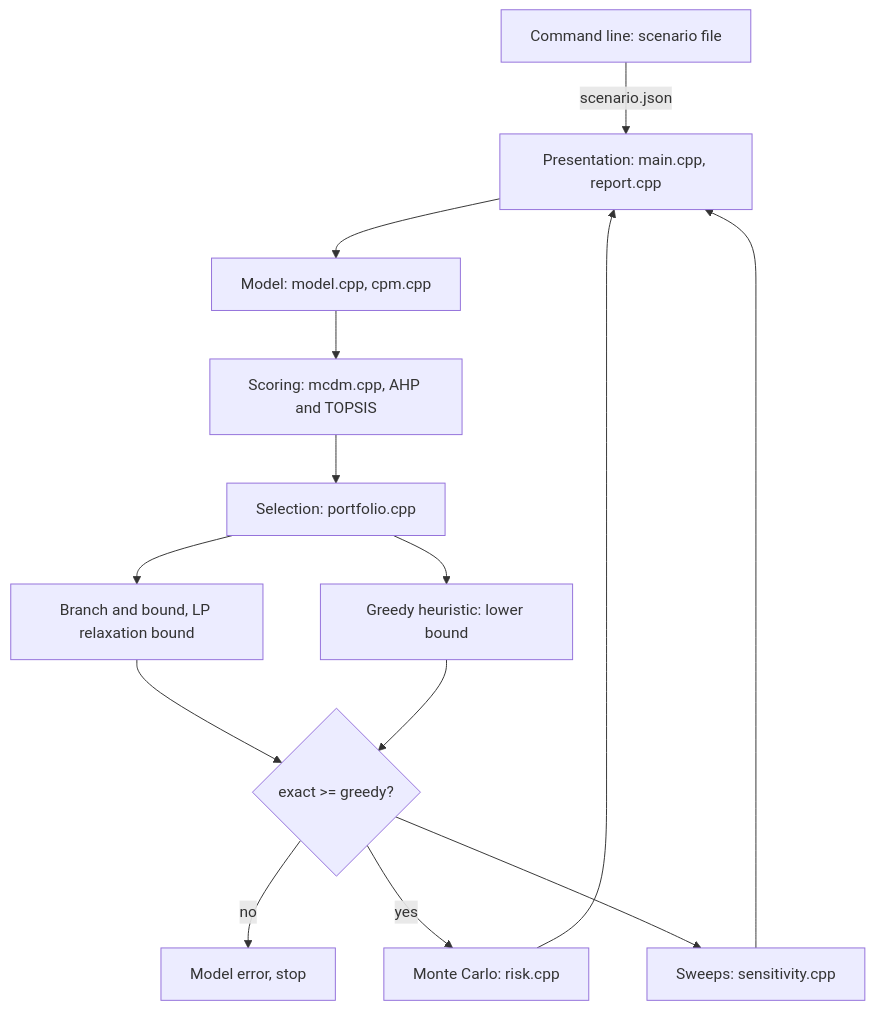
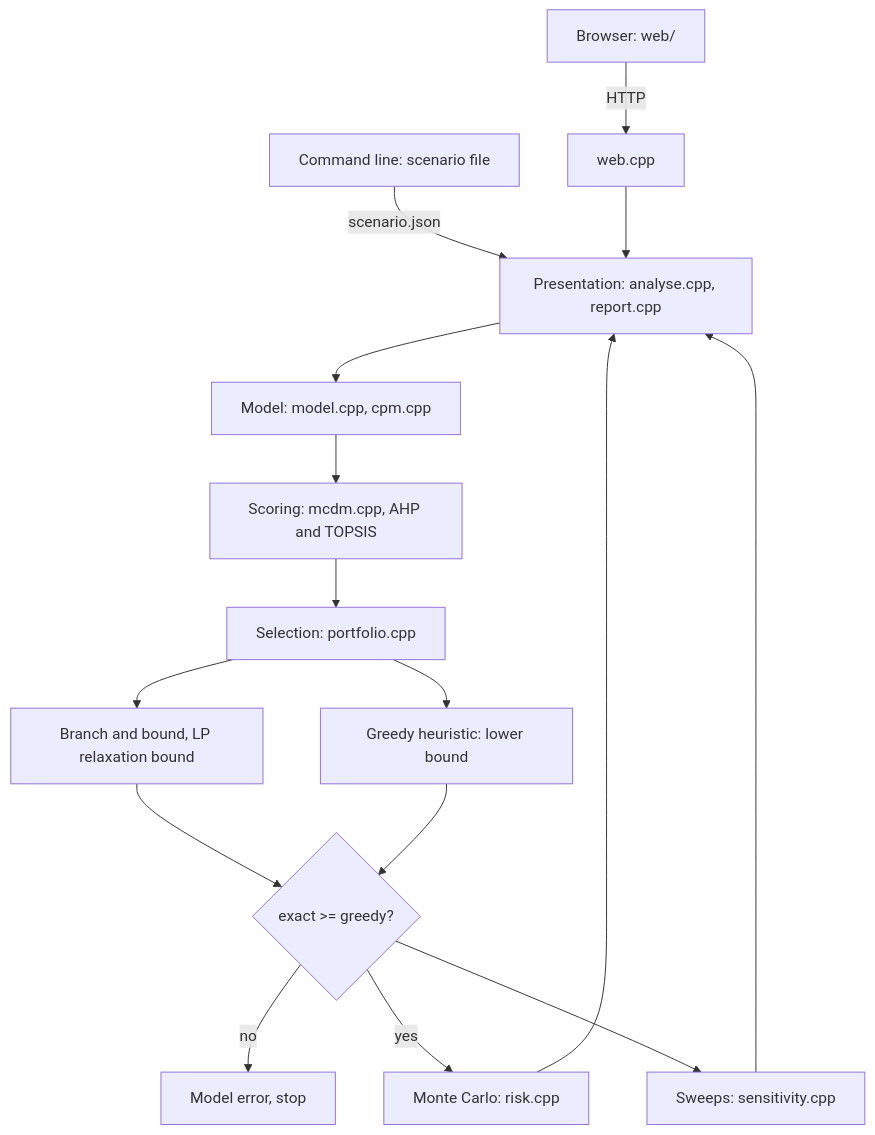
Before and after one commit to Alex-Tsvetanov/quorum: the diagram in README.md, drawn with Mermaid. The commit also changed other lines of this file and 21 other files, not shown here.

````diff
--- a/README.md
+++ b/README.md
@@ -65,16 +68,18 @@
 ```mermaid
 flowchart TD
-    CLI[Command line: scenario file] -->|scenario.json| API[Presentation: main.cpp, report.cpp]
+    CLI[Command line: scenario file] -->|scenario.json| API[Presentation: analyse.cpp, report.cpp]
+    WEB[Browser: web/] -->|HTTP| SERVE[web.cpp]
+    SERVE --> API
     API --> MODEL[Model: model.cpp, cpm.cpp]
     MODEL --> SCORE[Scoring: mcdm.cpp, AHP and TOPSIS]
     SCORE --> SELECT[Selection: portfolio.cpp]
     SELECT --> EXACT[Branch and bound, LP relaxation bound]
     SELECT --> GREEDY[Greedy heuristic: lower bound]
     EXACT --> CHECK{exact >= greedy?}
     GREEDY --> CHECK
     CHECK -->|no| FAIL[Model error, stop]
     CHECK -->|yes| RISK[Monte Carlo: risk.cpp]
     CHECK --> SENS[Sweeps: sensitivity.cpp]
     RISK --> API
     SENS --> API
 ```
````
